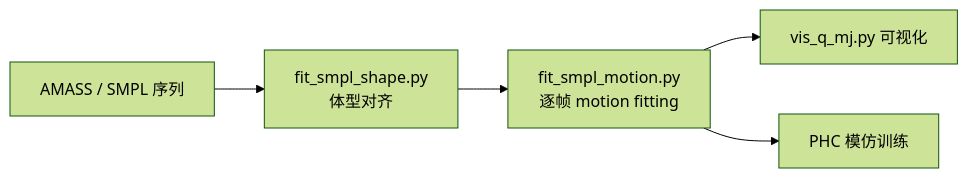
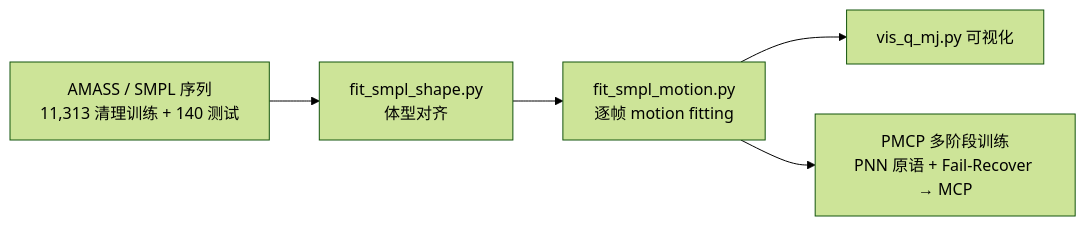
One commit to ImChong/Robotics_Notebooks changed the first of 2 diagrams in wiki/entities/phc.md. Above: the diagram before and after it, drawn with Mermaid (forest theme). The commit also changed other lines of this file and 33 other files, not shown here.

````diff
--- a/wiki/entities/phc.md
+++ b/wiki/entities/phc.md
@@ -65,7 +71,7 @@
 ```mermaid
 flowchart LR
-  amass["AMASS / SMPL 序列"] --> shape["fit_smpl_shape.py\n体型对齐"]
+  amass["AMASS / SMPL 序列\n11,313 清理训练 + 140 测试"] --> shape["fit_smpl_shape.py\n体型对齐"]
   shape --> motion["fit_smpl_motion.py\n逐帧 motion fitting"]
   motion --> vis["vis_q_mj.py 可视化"]
-  motion --> train["PHC 模仿训练"]
+  motion --> train["PMCP 多阶段训练\nPNN 原语 + Fail-Recover → MCP"]
 ```
````
